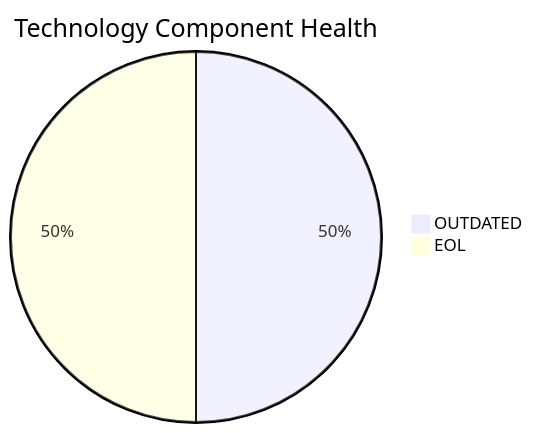
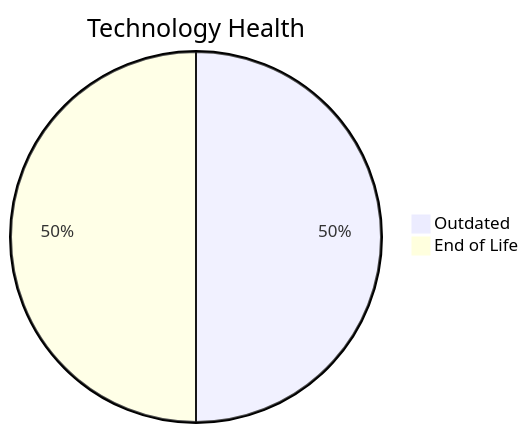
The diagram in discover/output/reports/apps/app003.md (ktruchcz/copilot-test-ktruchcz), drawn with Mermaid before and after one commit. The commit also changed other lines of this file and 227 other files, not shown here.

````diff
--- a/discover/output/reports/apps/app003.md
+++ b/discover/output/reports/apps/app003.md
@@ -38,5 +32,5 @@
 ```mermaid
-pie title Technology Component Health
-    "OUTDATED" : 2
-    "EOL" : 2
+pie title Technology Health
+    "Outdated" : 2
+    "End of Life" : 2
 ```
````
